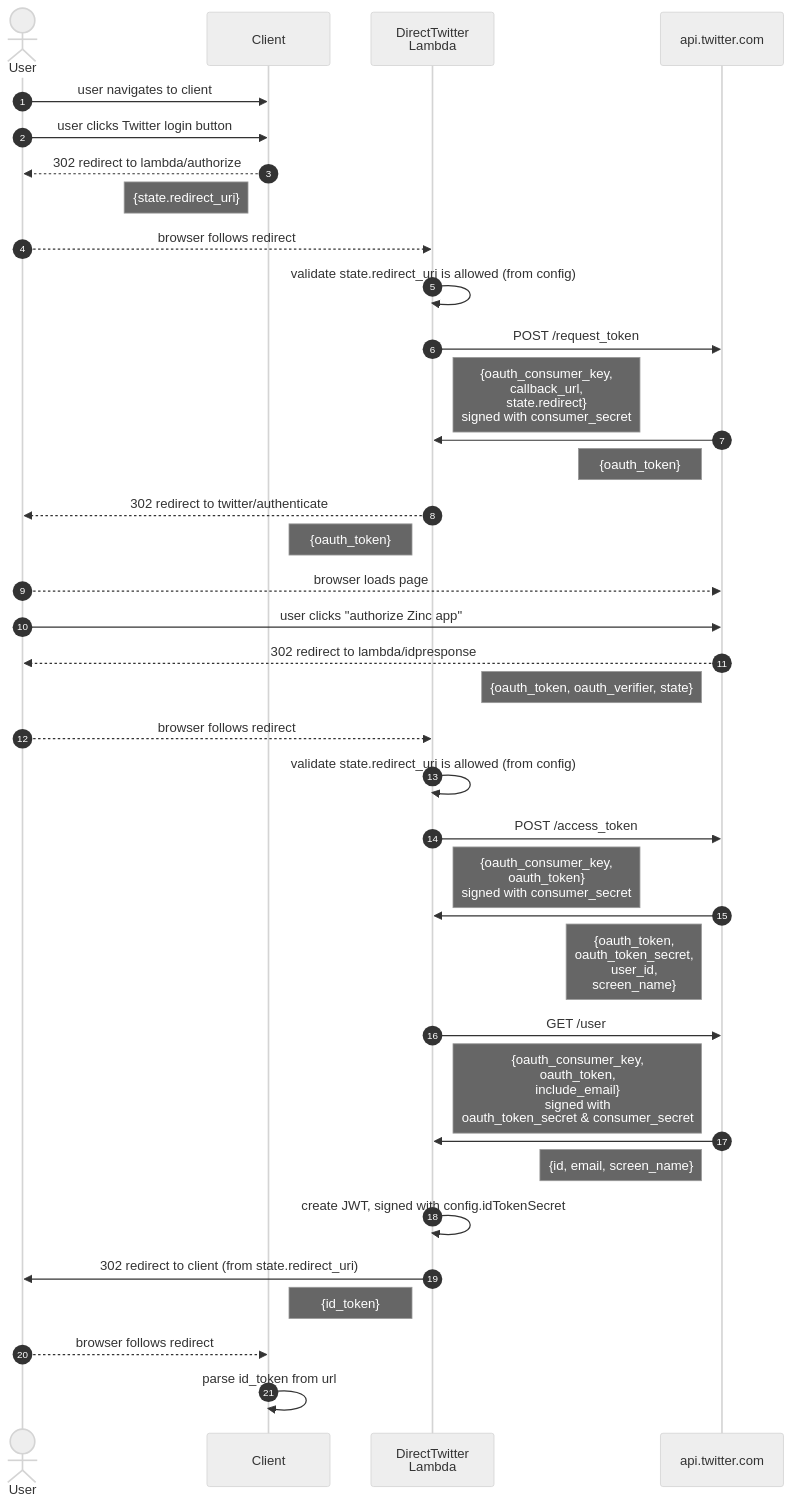
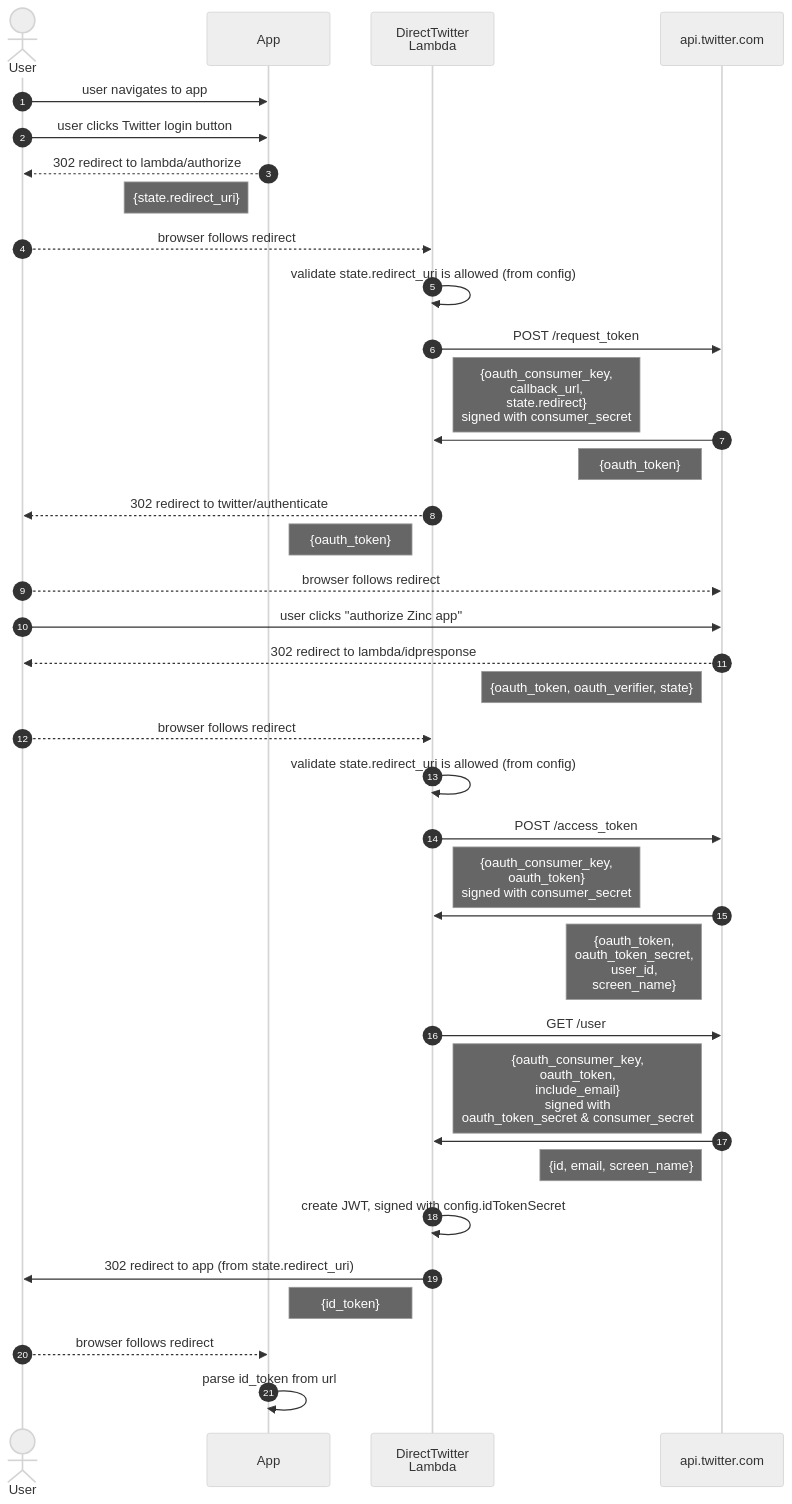
Before and after one commit to shorn/zinc: the diagram in aws-infra/lambda/doc/direct-twitter-sign-in.md, drawn with Mermaid (neutral theme). The commit also changed 5 other files, not shown here.

````diff
--- a/aws-infra/lambda/doc/direct-twitter-sign-in.md
+++ b/aws-infra/lambda/doc/direct-twitter-sign-in.md
@@ -9,44 +9,44 @@
 ```mermaid
 sequenceDiagram
 autonumber
 actor user as User
-participant client as Client
+participant app as App
 participant lambda as DirectTwitter<br/>Lambda
 participant idp as api.twitter.com
 
-user->>client: user navigates to client
-user->>client: user clicks Twitter login button
-client-->>user: 302 redirect to lambda/authorize
-note left of client: {state.redirect_uri}
+user->>app: user navigates to app
+user->>app: user clicks Twitter login button
+app-->>user: 302 redirect to lambda/authorize
+note left of app: {state.redirect_uri}
 
 user-->>lambda: browser follows redirect
 lambda->>lambda: validate state.redirect_uri is allowed (from config)
 lambda->>idp: POST /request_token
 note right of lambda: {oauth_consumer_key,<br/>callback_url,<br/>state.redirect}<br/>signed with consumer_secret 
 idp->>lambda: 
 note left of idp: {oauth_token}
 lambda-->>user: 302 redirect to twitter/authenticate
 note left of lambda: {oauth_token}
 
-user-->>idp: browser loads page
+user-->>idp: browser follows redirect
 user->>idp: user clicks "authorize Zinc app" 
 idp-->>user: 302 redirect to lambda/idpresponse
 note left of idp: {oauth_token, oauth_verifier, state}
 user-->>lambda: browser follows redirect
 lambda->>lambda: validate state.redirect_uri is allowed (from config)
 lambda->>idp: POST /access_token
 note right of lambda: {oauth_consumer_key,<br/>oauth_token}<br/>signed with consumer_secret
 idp->>lambda: 
 note left of idp: {oauth_token,<br/>oauth_token_secret,<br/>user_id,<br/>screen_name} 
 lambda->>idp: GET /user
 note right of lambda: {oauth_consumer_key,<br/>oauth_token,<br/>include_email}<br/>signed with<br/>oauth_token_secret & consumer_secret
 idp->>lambda: 
 note left of idp: {id, email, screen_name}
 lambda->>lambda: create JWT, signed with config.idTokenSecret
 
-lambda->>user: 302 redirect to client (from state.redirect_uri) 
+lambda->>user: 302 redirect to app (from state.redirect_uri) 
 note left of lambda: {id_token}
-user-->>client: browser follows redirect
-client->>client: parse id_token from url
+user-->>app: browser follows redirect
+app->>app: parse id_token from url
 
 ```
````
